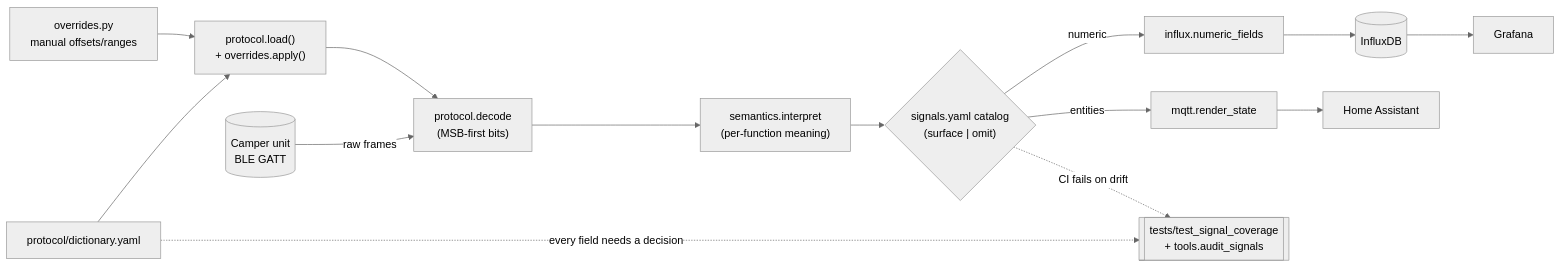
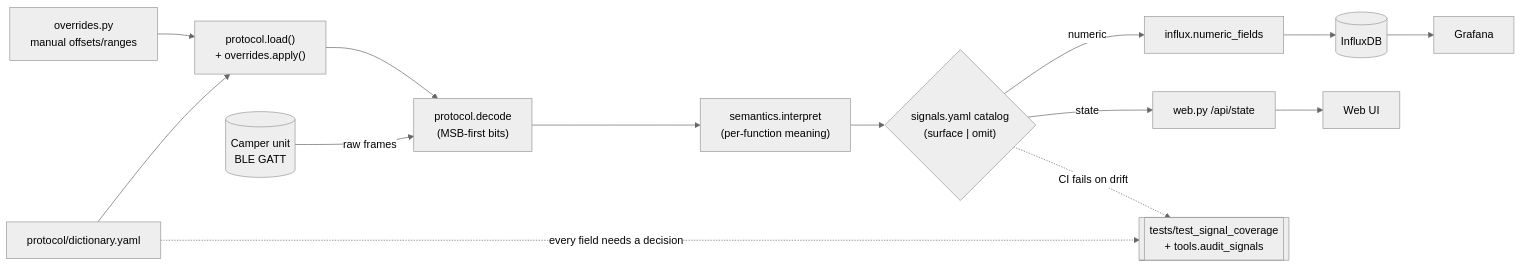
One commit to ckeller42/open-california changed the fourth of 7 diagrams in docs/architecture.md. Above: the diagram before and after it, drawn with Mermaid (neutral theme). The commit also changed other lines of this file and 49 other files, not shown here.

First line of the commit message:
calictl: remove the MQTT / Home Assistant integration (owner 2026-11-07) (#532)

````diff
--- a/docs/architecture.md
+++ b/docs/architecture.md
@@ -237,13 +224,13 @@
 ```mermaid
 flowchart LR
   U[("Camper unit<br/>BLE GATT")] -->|raw frames| DECODE
   DICT[protocol/dictionary.yaml] --> LOAD["protocol.load()<br/>+ overrides.apply()"]
   OVR["overrides.py<br/>manual offsets/ranges"] --> LOAD
   LOAD --> DECODE["protocol.decode<br/>(MSB-first bits)"]
   DECODE --> SEM["semantics.interpret<br/>(per-function meaning)"]
   SEM --> CAT{"signals.yaml catalog<br/>(surface | omit)"}
   CAT -->|numeric| INFLUX[influx.numeric_fields] --> IDB[(InfluxDB)] --> GRAF[Grafana]
-  CAT -->|entities| MQTT[mqtt.render_state] --> HA[Home Assistant]
+  CAT -->|state| WEB["web.py /api/state"] --> UI["Web UI"]
   DICT -. every field needs a decision .-> GUARD[["tests/test_signal_coverage<br/>+ tools.audit_signals"]]
   CAT -. CI fails on drift .-> GUARD
 ```
````
